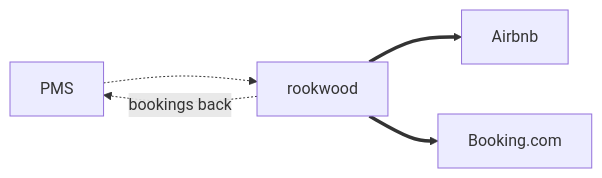
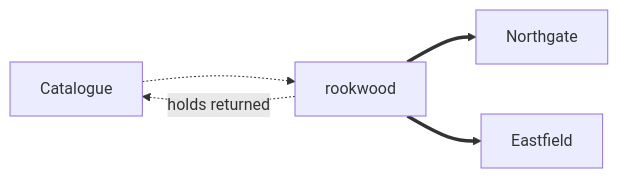
One commit to Neaox/quill changed the seventh of 7 diagrams in packages/markdown/corpus/20-architecture-map.md. Above: the diagram before and after it, drawn with Mermaid. The commit also changed other lines of this file and 90 other files, not shown here.

````diff
--- a/packages/markdown/corpus/20-architecture-map.md
+++ b/packages/markdown/corpus/20-architecture-map.md
@@ -176,7 +176,7 @@
 ```mermaid
 flowchart LR
-  pms[PMS] -.-> rookwood
-  rookwood ==> airbnb[Airbnb]
-  rookwood ==> booking[Booking.com]
-  rookwood -.->|bookings back| pms
+  ils[Catalogue] -.-> rookwood
+  rookwood ==> northgate[Northgate]
+  rookwood ==> eastfield[Eastfield]
+  rookwood -.->|holds returned| ils
 ```
````
